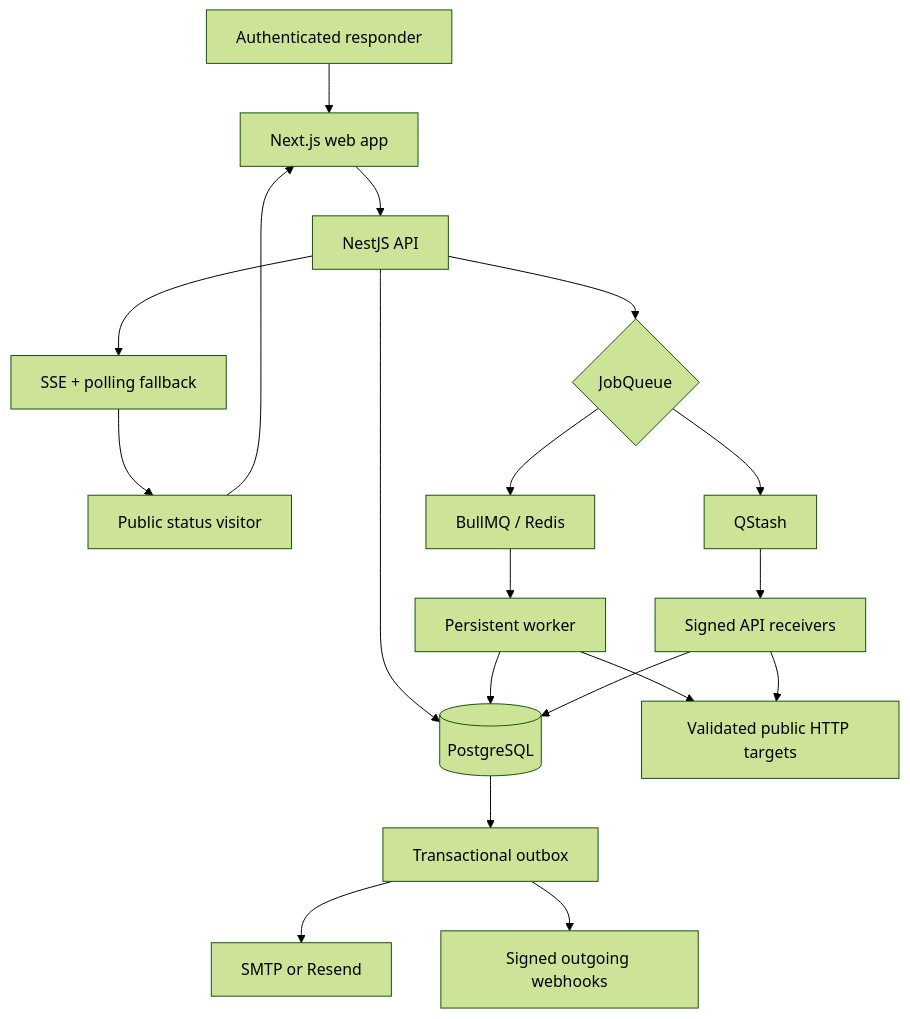
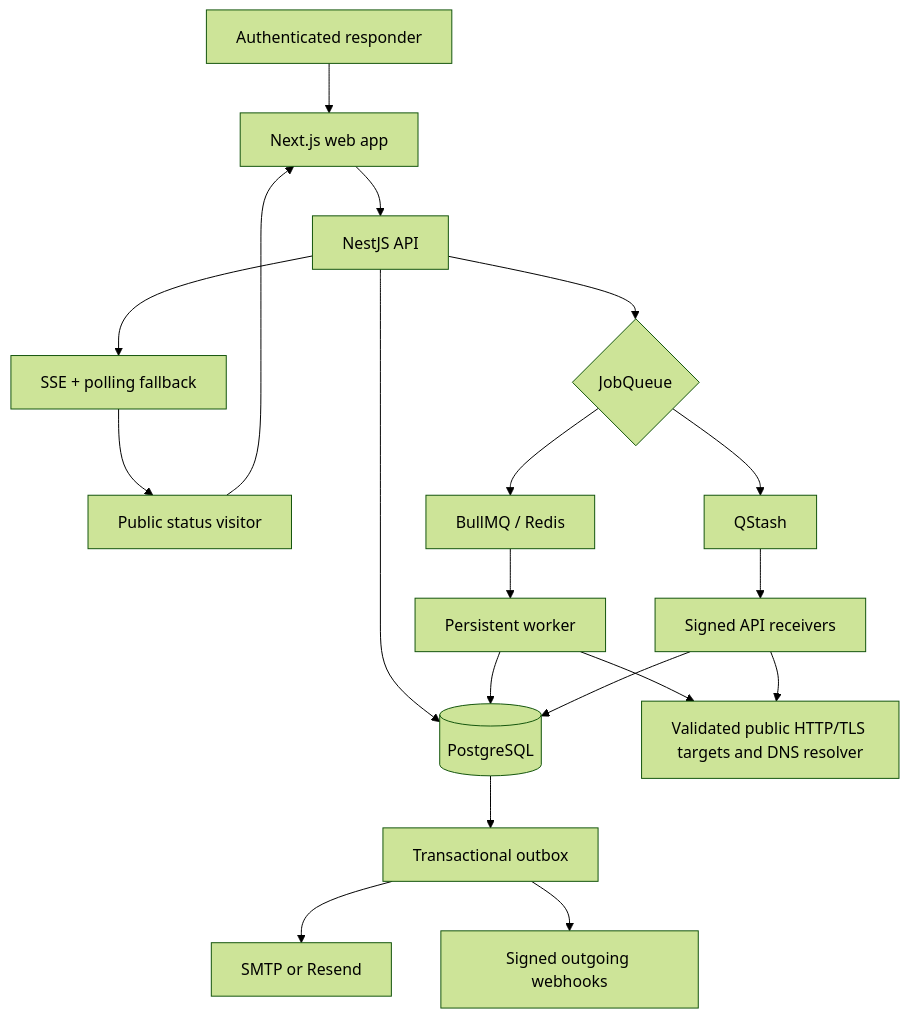
One commit to neevj2006/DevRelay changed the first of 4 diagrams in docs/architecture.md. Above: the diagram before and after it, drawn with Mermaid (forest theme). The commit also changed other lines of this file and 11 other files, not shown here.

````diff
--- a/docs/architecture.md
+++ b/docs/architecture.md
@@ -7,21 +7,21 @@
 ```mermaid
 flowchart TB
   User["Authenticated responder"] --> Web["Next.js web app"]
   Visitor["Public status visitor"] --> Web
   Web --> API["NestJS API"]
   API --> PG[("PostgreSQL")]
   API --> Adapter{"JobQueue"}
   Adapter --> Bull["BullMQ / Redis"]
   Adapter --> QStash["QStash"]
   Bull --> Worker["Persistent worker"]
   QStash --> Receiver["Signed API receivers"]
-  Worker --> Target["Validated public HTTP targets"]
+  Worker --> Target["Validated public HTTP/TLS targets and DNS resolver"]
   Receiver --> Target
   Worker --> PG
   Receiver --> PG
   PG --> Outbox["Transactional outbox"]
   Outbox --> Email["SMTP or Resend"]
   Outbox --> Hook["Signed outgoing webhooks"]
   API --> Live["SSE + polling fallback"]
   Live --> Visitor
 ```
````
